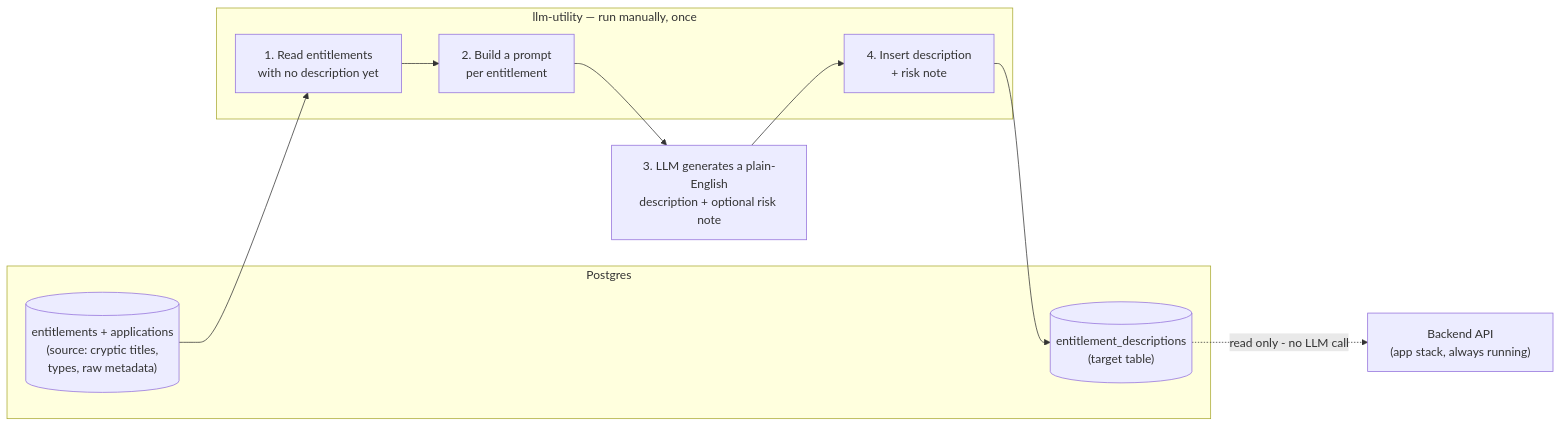
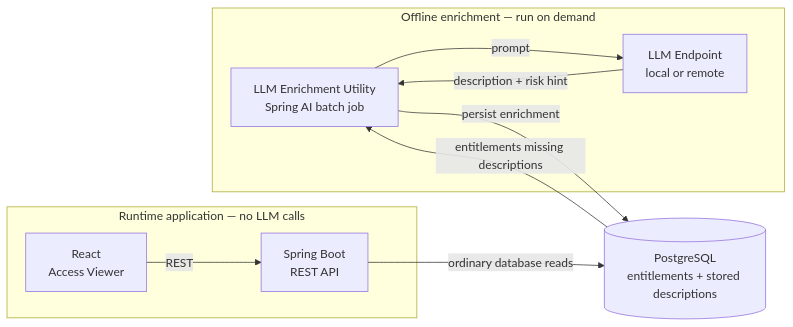
The diagram in README.md (pramalin/entitlements-poc), drawn with Mermaid before and after one commit. The commit also changed other lines of this file and 3 other files, not shown here.

````diff
--- a/README.md
+++ b/README.md
@@ -61,20 +70,24 @@
 ```mermaid
 flowchart LR
-    subgraph DB["Postgres"]
-        ENT[("entitlements + applications<br/>(source: cryptic titles,<br/>types, raw metadata)")]
-        DESC[("entitlement_descriptions<br/>(target table)")]
+    subgraph Offline["Offline enrichment — run on demand"]
+        JOB["LLM Enrichment Utility<br/>Spring AI batch job"]
+        MODEL["LLM Endpoint<br/>local or remote"]
+
+        JOB -->|"prompt"| MODEL
+        MODEL -->|"description + risk hint"| JOB
     end
 
-    subgraph Utility["llm-utility — run manually, once"]
-        READ["1. Read entitlements<br/>with no description yet"]
-        PROMPT["2. Build a prompt<br/>per entitlement"]
-        WRITE["4. Insert description<br/>+ risk note"]
+    DB[("PostgreSQL<br/>entitlements + stored descriptions")]
+
+    subgraph Runtime["Runtime application — no LLM calls"]
+        API["Spring Boot<br/>REST API"]
+        UI["React<br/>Access Viewer"]
+
+        UI -->|"REST"| API
     end
 
-    GEN["3. LLM generates a plain-English<br/>description + optional risk note"]
+    DB -->|"entitlements missing descriptions"| JOB
+    JOB -->|"persist enrichment"| DB
 
-    API["Backend API<br/>(app stack, always running)"]
-
-    ENT --> READ --> PROMPT --> GEN --> WRITE --> DESC
-    DESC -.->|"read only - no LLM call"| API
+    API -->|"ordinary database reads"| DB
 ```
````
